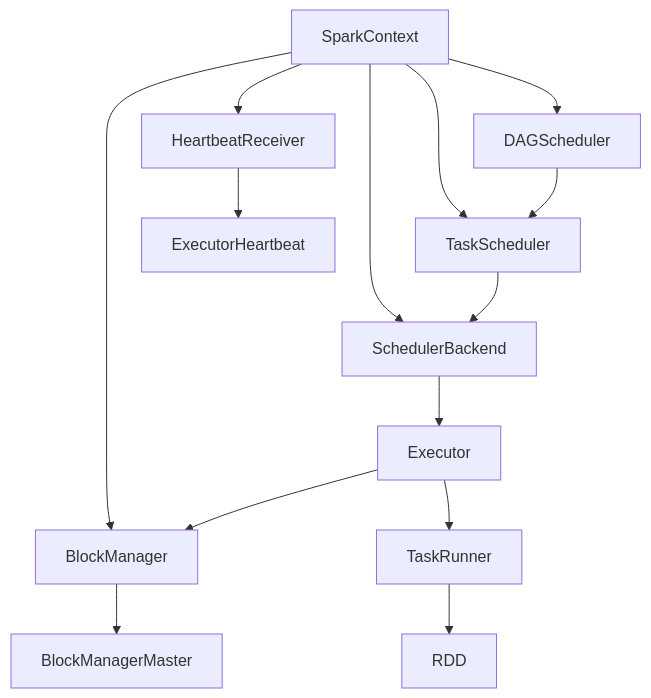
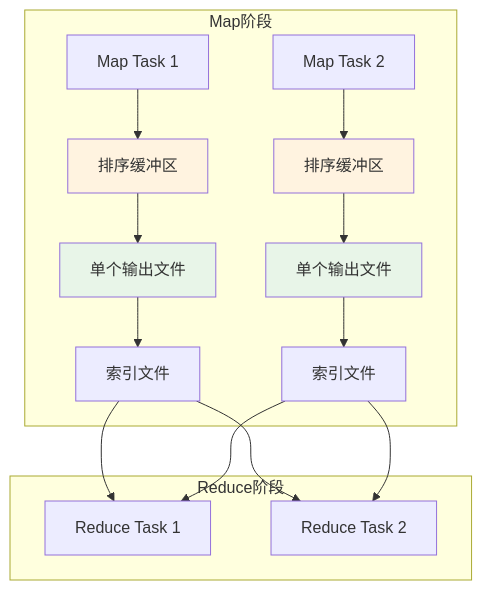
One commit to ralph-wren/TechStack-Handbook changed diagram 15 of 24 in 12.spark.md. Above: the diagram before and after it, drawn with Mermaid. The commit also changed other lines of this file and 1 other file, not shown here.

First line of the commit message:
docs(12.spark.md): 扩充 Spark 知识文档，新增核心概念、架构设计、性能监控与调优内容

````diff
--- a/12.spark.md
+++ b/12.spark.md
@@ -659,18 +1979,25 @@
 ```mermaid
 graph TD
-    A[SparkContext] --> B[DAGScheduler]
-    A --> C[TaskScheduler]
-    A --> D[SchedulerBackend]
-    A --> E[BlockManager]
-    A --> F[HeartbeatReceiver]
+    subgraph "Map阶段"
+        A[Map Task 1] --> D[排序缓冲区]
+        D --> E[单个输出文件]
+        E --> F[索引文件]
+        
+        B[Map Task 2] --> G[排序缓冲区]
+        G --> H[单个输出文件]
+        H --> I[索引文件]
+    end
     
-    B --> C
-    C --> D
-    D --> G[Executor]
-    E --> H[BlockManagerMaster]
-    F --> I[ExecutorHeartbeat]
+    subgraph "Reduce阶段"
+        F --> J[Reduce Task 1]
+        I --> J
+        
+        F --> K[Reduce Task 2]
+        I --> K
+    end
     
-    G --> E
-    G --> J[TaskRunner]
-    J --> K[RDD]
+    style D fill:#fff3e0
+    style G fill:#fff3e0
+    style E fill:#e8f5e8
+    style H fill:#e8f5e8
 ```
````
